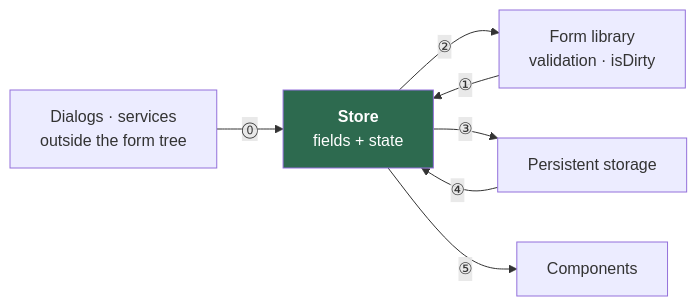
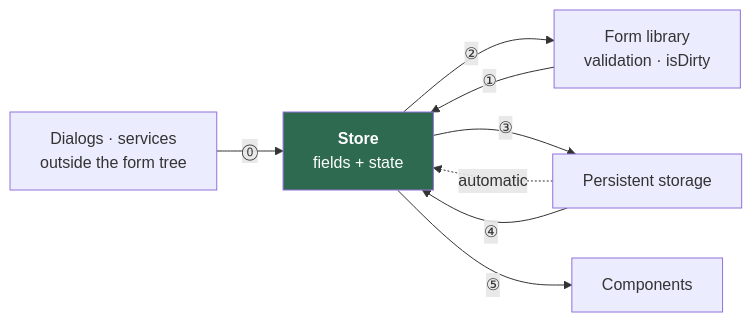
The first of 10 diagrams in README.md (jadecubes/multi-party-state-sync), drawn with Mermaid before and after one commit. The commit also changed other lines of this file and 1 other file, not shown here.

````diff
--- a/README.md
+++ b/README.md
@@ -7,17 +7,18 @@
 ```mermaid
 flowchart LR
     D["Dialogs · services<br/>outside the form tree"]
     F["Form library<br/>validation · isDirty"]
     S["<b>Store</b><br/>fields + state"]
     P["Persistent storage"]
     U["Components"]
 
     D -- "⓪" --> S
     F -- "①" --> S
     S -- "②" --> F
     S -- "③" --> P
+    P -. "automatic" .-> S
     P -- "④" --> S
     S -- "⑤" --> U
 
     style S fill:#2d6a4f,color:#fff
 ```
````
